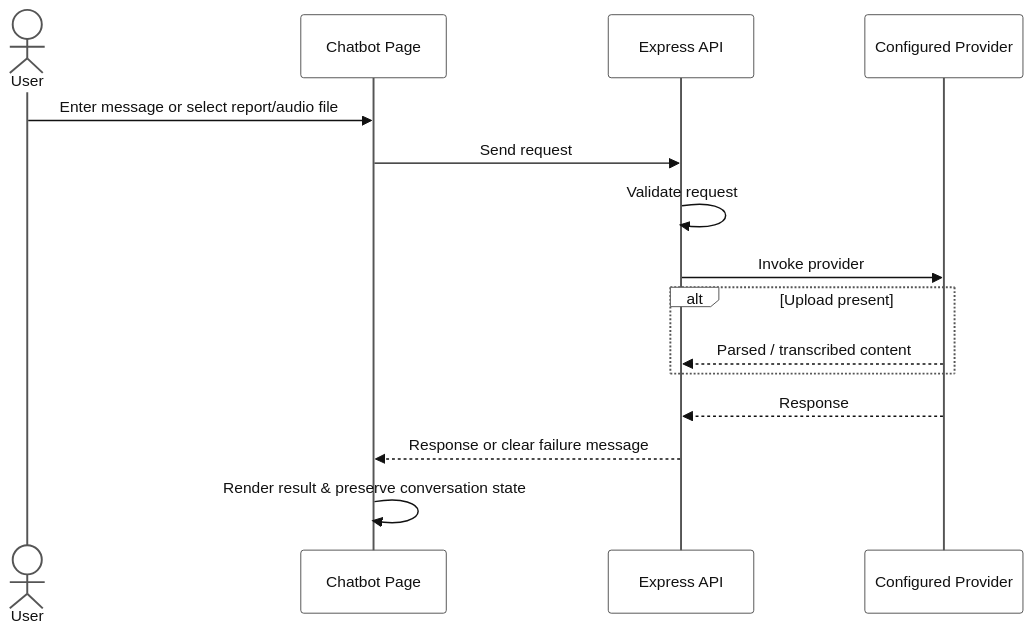
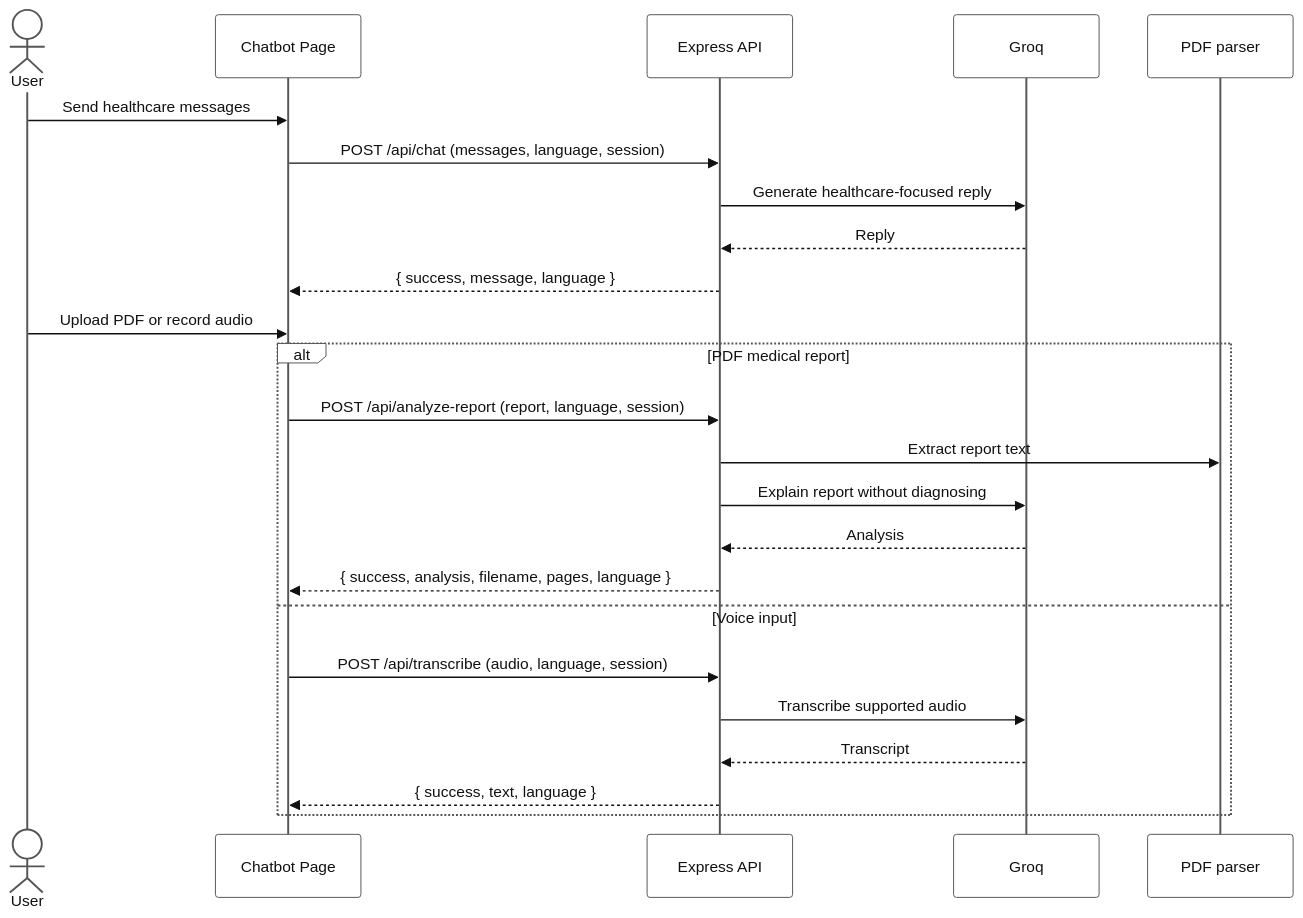
One commit to vanshkatnor1505/BuiltTechies changed the seventh of 8 diagrams in PROJECT INFORMATION/DATA-FLOW.md. Above: the diagram before and after it, drawn with Mermaid. The commit also changed other lines of this file, not shown here.

Commit message:
feat: enhance data flow documentation with public healthcare reports flow and clarify authentication processes

````diff
--- a/PROJECT INFORMATION/DATA-FLOW.md
+++ b/PROJECT INFORMATION/DATA-FLOW.md
@@ -214,19 +220,28 @@
 ```mermaid
 sequenceDiagram
     %%{init: {'theme':'base', 'themeVariables': {'primaryColor':'#ffffff','primaryTextColor':'#111111','primaryBorderColor':'#555555','lineColor':'#555555','secondaryColor':'#f5f5f5','tertiaryColor':'#ffffff','fontSize':'15px','darkMode':false,'background':'#ffffff'}}}%%
     actor U as User
     participant FE as Chatbot Page
     participant BE as Express API
-    participant Prov as Configured Provider
+    participant Groq as Groq
+    participant PDF as PDF parser
 
-    U->>FE: Enter message or select report/audio file
-    FE->>BE: Send request
-    BE->>BE: Validate request
-    BE->>Prov: Invoke provider
-    alt Upload present
-        Prov-->>BE: Parsed / transcribed content
+    U->>FE: Send healthcare messages
+    FE->>BE: POST /api/chat (messages, language, session)
+    BE->>Groq: Generate healthcare-focused reply
+    Groq-->>BE: Reply
+    BE-->>FE: { success, message, language }
+    U->>FE: Upload PDF or record audio
+    alt PDF medical report
+        FE->>BE: POST /api/analyze-report (report, language, session)
+        BE->>PDF: Extract report text
+        BE->>Groq: Explain report without diagnosing
+        Groq-->>BE: Analysis
+        BE-->>FE: { success, analysis, filename, pages, language }
+    else Voice input
+        FE->>BE: POST /api/transcribe (audio, language, session)
+        BE->>Groq: Transcribe supported audio
+        Groq-->>BE: Transcript
+        BE-->>FE: { success, text, language }
     end
-    Prov-->>BE: Response
-    BE-->>FE: Response or clear failure message
-    FE->>FE: Render result & preserve conversation state
 ```
````
